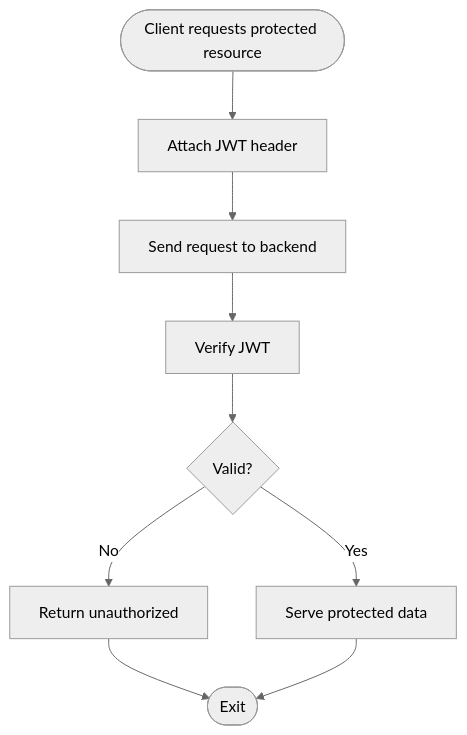
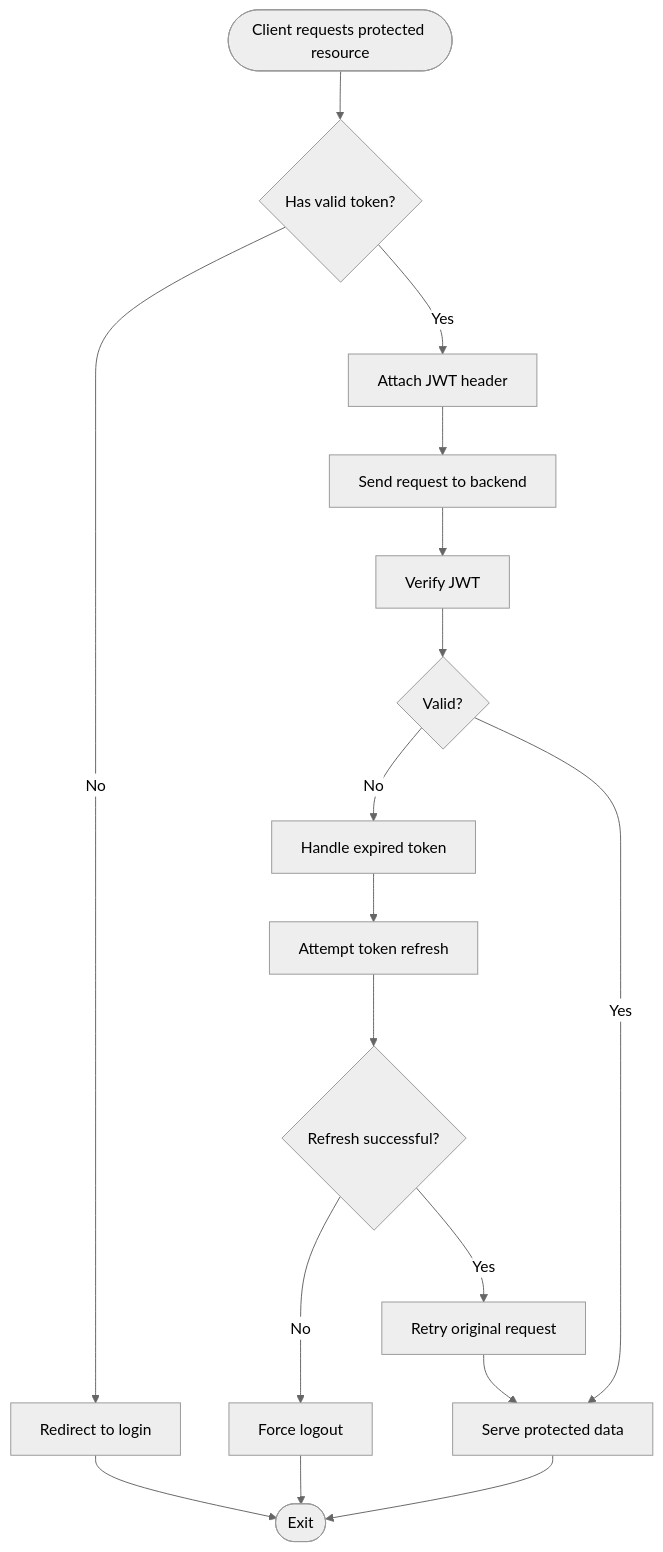
The fifth of 6 diagrams in .qoder/repowiki/en/content/Core Concepts/Authentication System.md (HassanAmeer/cheaprouter), drawn with Mermaid (neutral theme) before and after one commit. The commit also changed other lines of this file and 54 other files, not shown here.

````diff
--- a/.qoder/repowiki/en/content/Core Concepts/Authentication System.md
+++ b/.qoder/repowiki/en/content/Core Concepts/Authentication System.md
@@ -284,11 +373,19 @@
 ```mermaid
 flowchart TD
-Start(["Client requests protected resource"]) --> Attach["Attach JWT header"]
+Start(["Client requests protected resource"]) --> CheckAuth{"Has valid token?"}
+CheckAuth --> |No| RedirectToLogin["Redirect to login"]
+CheckAuth --> |Yes| Attach["Attach JWT header"]
 Attach --> Send["Send request to backend"]
 Send --> Verify["Verify JWT"]
 Verify --> Valid{"Valid?"}
-Valid --> |No| Unauthorized["Return unauthorized"]
-Valid --> |Yes| Serve["Serve protected data"]
-Unauthorized --> End(["Exit"])
-Serve --> End
+Valid --> |No| Expired["Handle expired token"]
+Expired --> Refresh["Attempt token refresh"]
+Refresh --> RefreshSuccess{"Refresh successful?"}
+RefreshSuccess --> |No| Logout["Force logout"]
+RefreshSuccess --> |Yes| Retry["Retry original request"]
+Retry --> Serve["Serve protected data"]
+Valid --> |Yes| Serve
+Serve --> End(["Exit"])
+Logout --> End
+RedirectToLogin --> End
 ```
````
